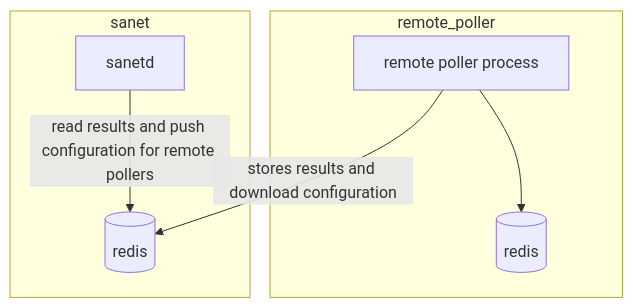
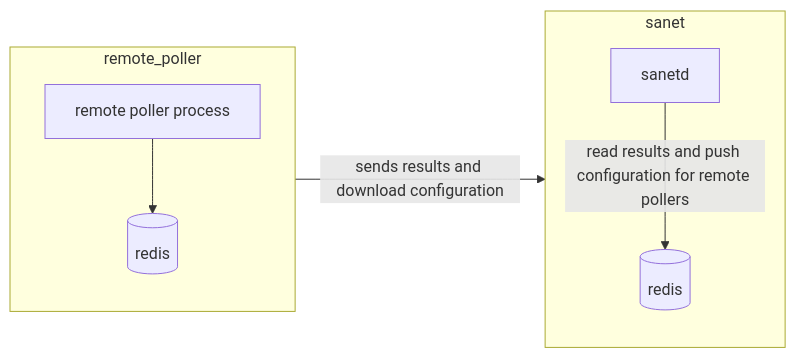
Before and after one commit to carnivuth/deployment_lifecycle_design_in_monitoring_applications: the diagram in graphs/remote_poller_sanetd_interaction.mmd, drawn with Mermaid. The commit also changed 2 other files, not shown here.

Commit message:
fixed graphs layout

```diff
--- a/graphs/remote_poller_sanetd_interaction.mmd
+++ b/graphs/remote_poller_sanetd_interaction.mmd
@@ -1,12 +1,14 @@
-flowchart TD
+flowchart LR
 subgraph remote_poller
+direction TB
 A[remote poller process]
 B[(redis)]
 end
 subgraph sanet
+direction TB
 C[sanetd]
 D[(redis)]
 end
 A --> B
-A -- stores results and download configuration --> D
+remote_poller -- sends results and download configuration --> sanet
 C -- read results and push configuration for remote pollers--> D
```
